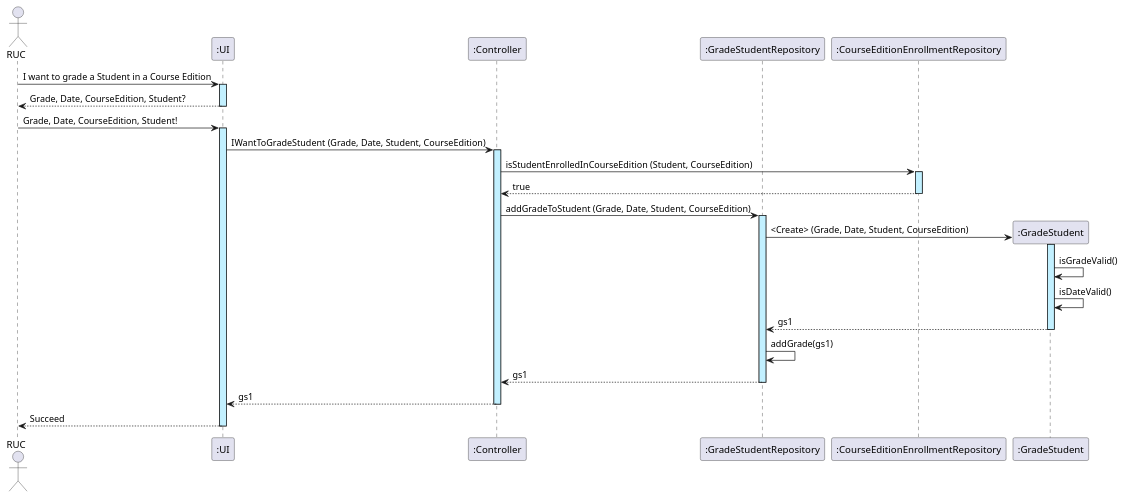
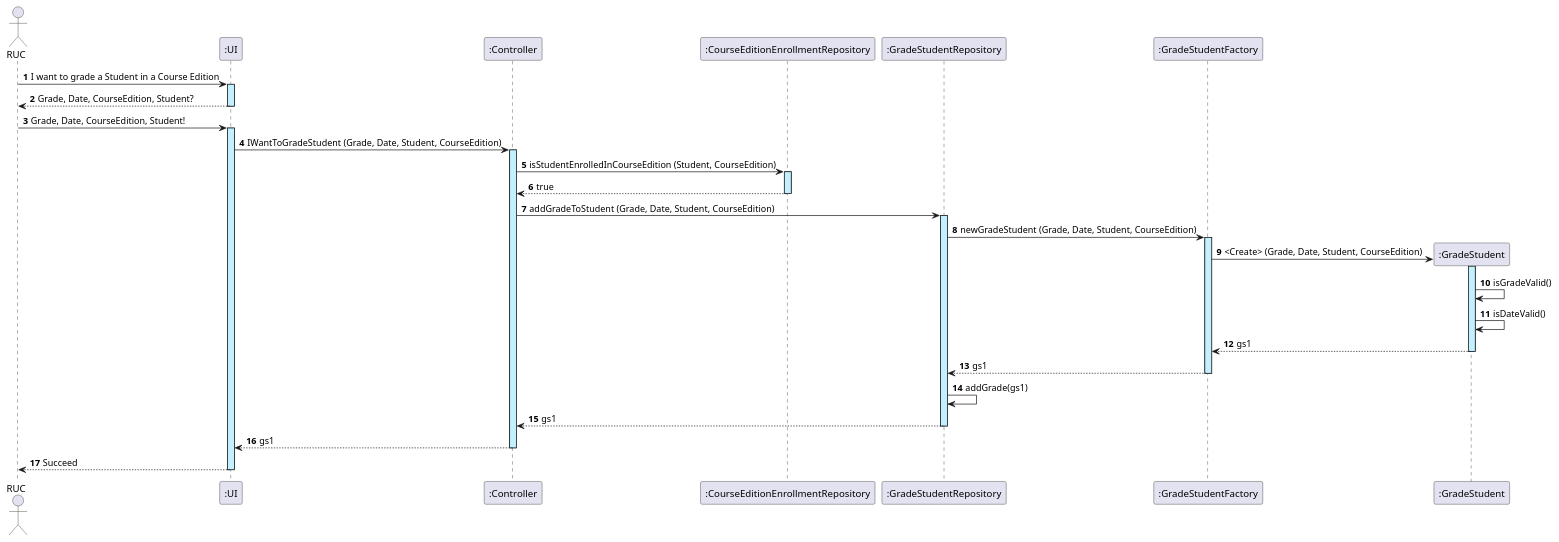
One commit to GasparISEP/DevOps-PAI changed the diagram in docs/US22/US22_GradeAStudentInACourseEdition_SequenceDiagram.puml. Above: the diagram before and after it, drawn with PlantUML. The commit also changed 1 other file, not shown here.

Commit message:
Updated US 22 ClassDiagram and SequenceDiagram

```diff
--- a/docs/US22/US22_GradeAStudentInACourseEdition_SequenceDiagram.puml
+++ b/docs/US22/US22_GradeAStudentInACourseEdition_SequenceDiagram.puml
@@ -1,30 +1,37 @@
 @startuml
 actor RUC
 participant ":UI" as UI
 participant ":Controller" as ctr
+participant ":CourseEditionEnrollmentRepository" as CEER
 participant ":GradeStudentRepository" as GR
-participant ":CourseEditionEnrollmentRepository" as CEER
+participant ":GradeStudentFactory" as GSF
+
+autonumber
 
 RUC -> UI ++ #application: I want to grade a Student in a Course Edition
 UI --> RUC --: Grade, Date, CourseEdition, Student?
 RUC -> UI ++ #application: Grade, Date, CourseEdition, Student!
 UI -> ctr ++ #application : IWantToGradeStudent (Grade, Date, Student, CourseEdition)
 ctr -> CEER ++ #application : isStudentEnrolledInCourseEdition (Student, CourseEdition)
 CEER --> ctr -- : true
 
 
 ctr -> GR ++ #application : addGradeToStudent (Grade, Date, Student, CourseEdition)
+GR -> GSF ++ #application : newGradeStudent (Grade, Date, Student, CourseEdition)
+
 
 
 create ":GradeStudent" as GS
-GR -> GS ++ #application : <Create> (Grade, Date, Student, CourseEdition)
+GSF -> GS ++ #application : <Create> (Grade, Date, Student, CourseEdition)
 GS -> GS : isGradeValid()
 GS -> GS : isDateValid()
-GS --> GR -- : gs1
+GS --> GSF -- : gs1
+GSF --> GR -- : gs1
+
 
 GR -> GR : addGrade(gs1)
 GR --> ctr --: gs1
 ctr --> UI --: gs1
 UI --> RUC --: Succeed
 
-@enduml
+@endumll
```
